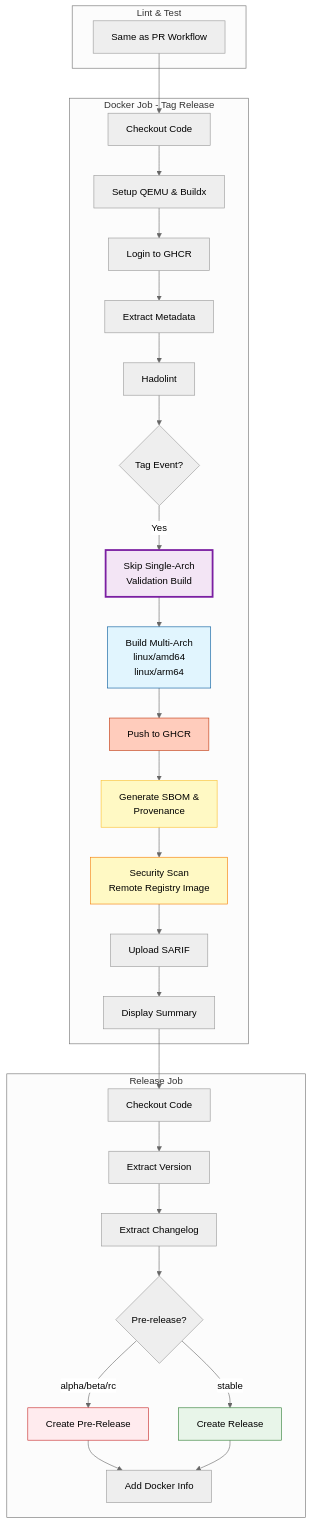
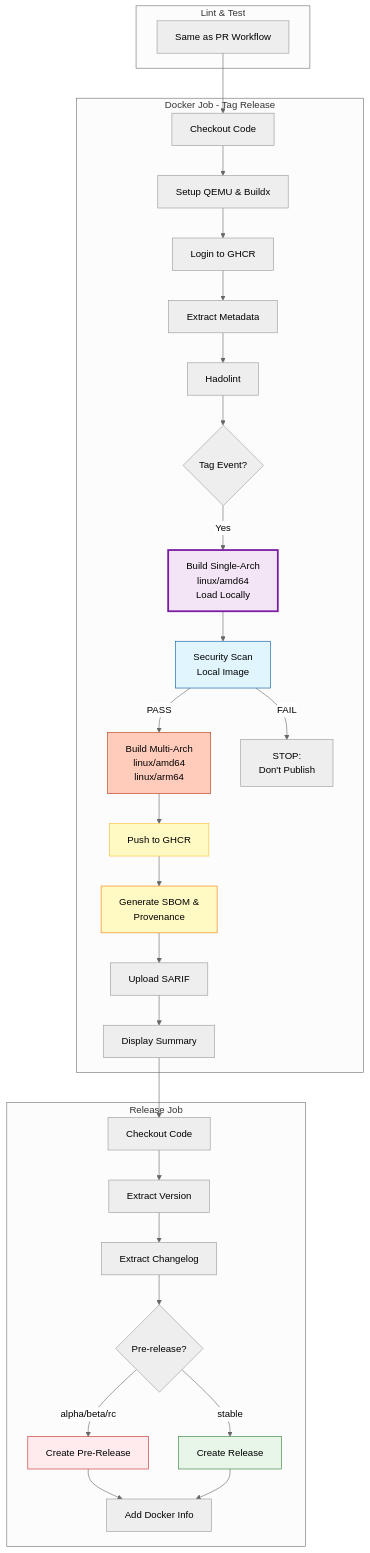
The fourth of 4 diagrams in .github/workflows/README.md (jhomen368/web-to-openwebui), drawn with Mermaid (neutral theme) before and after one commit. The commit also changed other lines of this file and 1 other file, not shown here.

Commit message:
ci(security): implement pre-flight security scanning for releases

````diff
--- a/.github/workflows/README.md
+++ b/.github/workflows/README.md
@@ -166,42 +166,43 @@
 ```mermaid
 graph TB
     subgraph "Lint & Test"
         LT[Same as PR Workflow]
     end
     
     subgraph "Docker Job - Tag Release"
         D1[Checkout Code] --> D2[Setup QEMU & Buildx]
         D2 --> D3[Login to GHCR]
         D3 --> D4[Extract Metadata]
         D4 --> D5[Hadolint]
         D5 --> D6{Tag Event?}
-        D6 -->|Yes| D7[Skip Single-Arch<br/>Validation Build]
-        D7 --> D8[Build Multi-Arch<br/>linux/amd64<br/>linux/arm64]
-        D8 --> D9[Push to GHCR]
-        D9 --> D10[Generate SBOM &<br/>Provenance]
-        D10 --> D11[Security Scan<br/>Remote Registry Image]
+        D6 -->|Yes| D7[Build Single-Arch<br/>linux/amd64<br/>Load Locally]
+        D7 --> D8[Security Scan<br/>Local Image]
+        D8 -->|PASS| D9[Build Multi-Arch<br/>linux/amd64<br/>linux/arm64]
+        D9 --> D10[Push to GHCR]
+        D10 --> D11[Generate SBOM &<br/>Provenance]
         D11 --> D12[Upload SARIF]
         D12 --> D13[Display Summary]
+        D8 -->|FAIL| D14[STOP:<br/>Don't Publish]
     end
     
     subgraph "Release Job"
         R1[Checkout Code] --> R2[Extract Version]
         R2 --> R3[Extract Changelog]
         R3 --> R4{Pre-release?}
         R4 -->|alpha/beta/rc| R5[Create Pre-Release]
         R4 -->|stable| R6[Create Release]
         R5 --> R7[Add Docker Info]
         R6 --> R7
     end
     
     LT --> D1
     D13 --> R1
     
     style D7 fill:#f3e5f5,stroke:#7b1fa2,stroke-width:3px
     style D8 fill:#e1f5fe,stroke:#01579b
     style D9 fill:#ffccbc,stroke:#bf360c
     style D10 fill:#fff9c4,stroke:#fbc02d
     style D11 fill:#fff9c4,stroke:#f57c00
     style R5 fill:#ffebee,stroke:#c62828
     style R6 fill:#e8f5e9,stroke:#2e7d32
 ```
````
